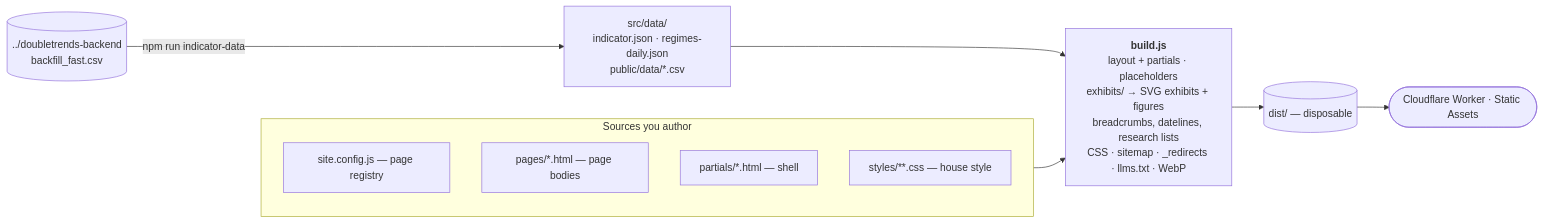
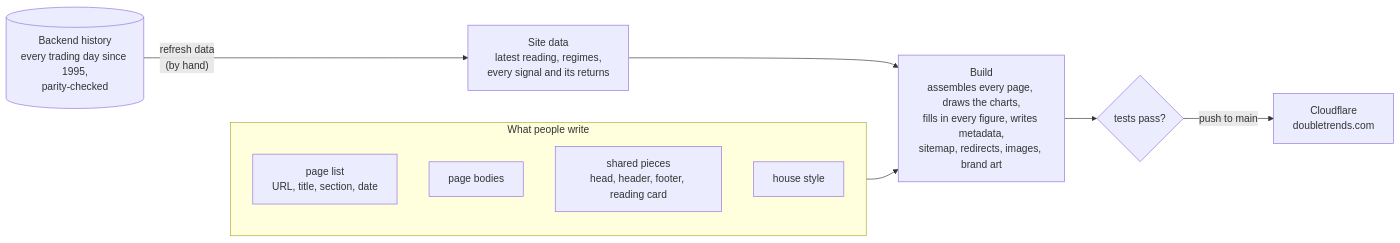
One commit to doubletrends/doubletrends-site changed the second of 3 diagrams in README.md. Above: the diagram before and after it, drawn with Mermaid. The commit also changed other lines of this file and 4 other files, not shown here.

````diff
--- a/README.md
+++ b/README.md
@@ -11,15 +53,16 @@
 ```mermaid
 flowchart LR
-    backend[("../doubletrends-backend<br/>backfill_fast.csv")] -->|npm run indicator-data| data["src/data/<br/>indicator.json · regimes-daily.json<br/>public/data/*.csv"]
-    subgraph SRC["Sources you author"]
-        direction TB
-        cfg["site.config.js — page registry"]
-        pages["pages/*.html — page bodies"]
-        parts["partials/*.html — shell"]
-        css["styles/**.css — house style"]
-    end
-    data --> build
-    SRC --> build["<b>build.js</b><br/>layout + partials · placeholders<br/>exhibits/ → SVG exhibits + figures<br/>breadcrumbs, datelines, research lists<br/>CSS · sitemap · _redirects · llms.txt · WebP"]
-    build --> dist[("dist/ — disposable")]
-    dist --> cf(["Cloudflare Worker · Static Assets"])
+  backend[("Backend history<br/>every trading day since 1995,<br/>parity-checked")] -- "refresh data<br/>(by hand)" --> data["Site data<br/>latest reading, regimes,<br/>every signal and its returns"]
+
+  subgraph authored["What people write"]
+    registry["page list<br/>URL, title, section, date"]
+    pages["page bodies"]
+    shell["shared pieces<br/>head, header, footer, reading card"]
+    look["house style"]
+  end
+
+  data --> build["Build<br/>assembles every page, draws the charts,<br/>fills in every figure, writes metadata,<br/>sitemap, redirects, images, brand art"]
+  authored --> build
+  build --> tests{"tests pass?"}
+  tests -- "push to main" --> cf["Cloudflare<br/>doubletrends.com"]
 ```
````
